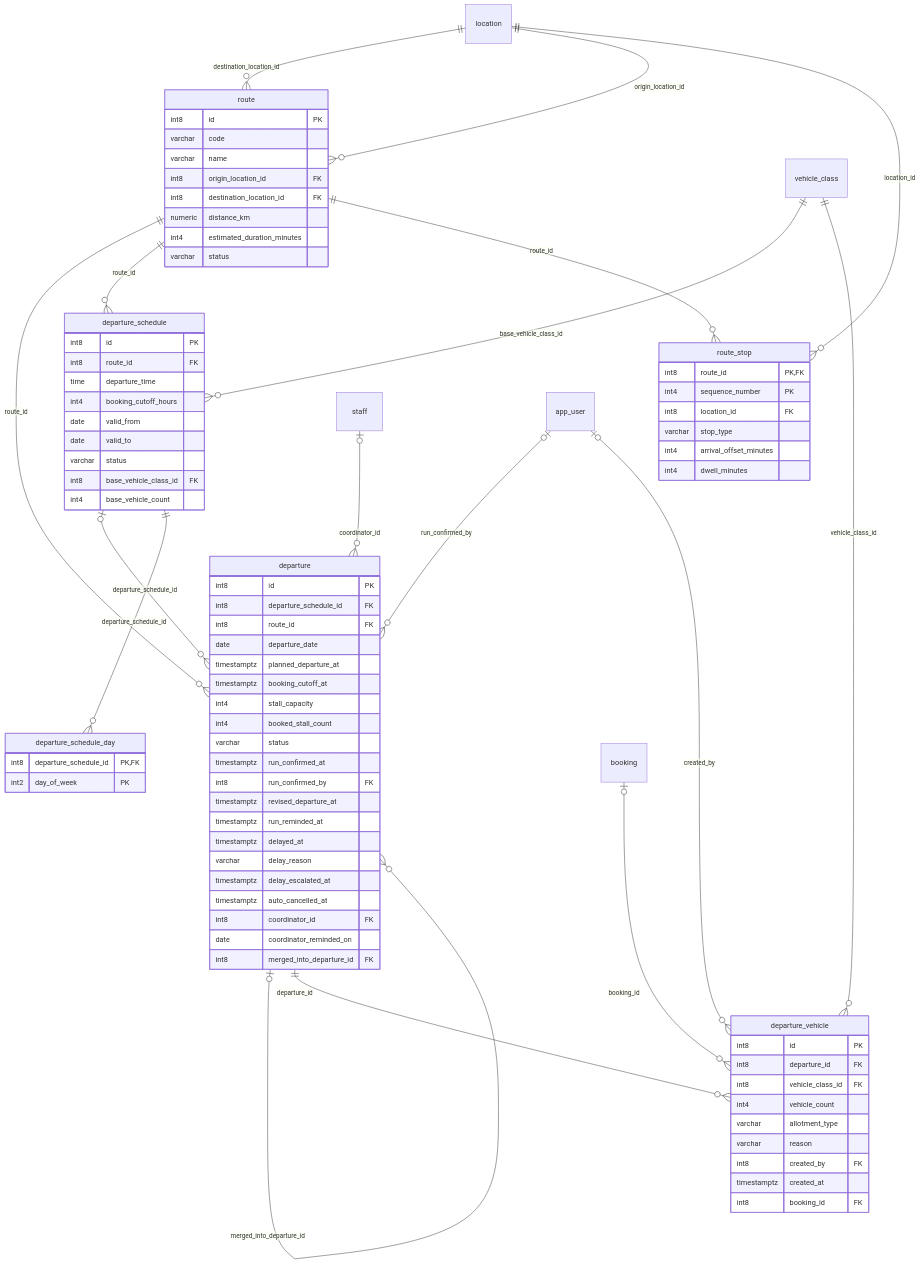
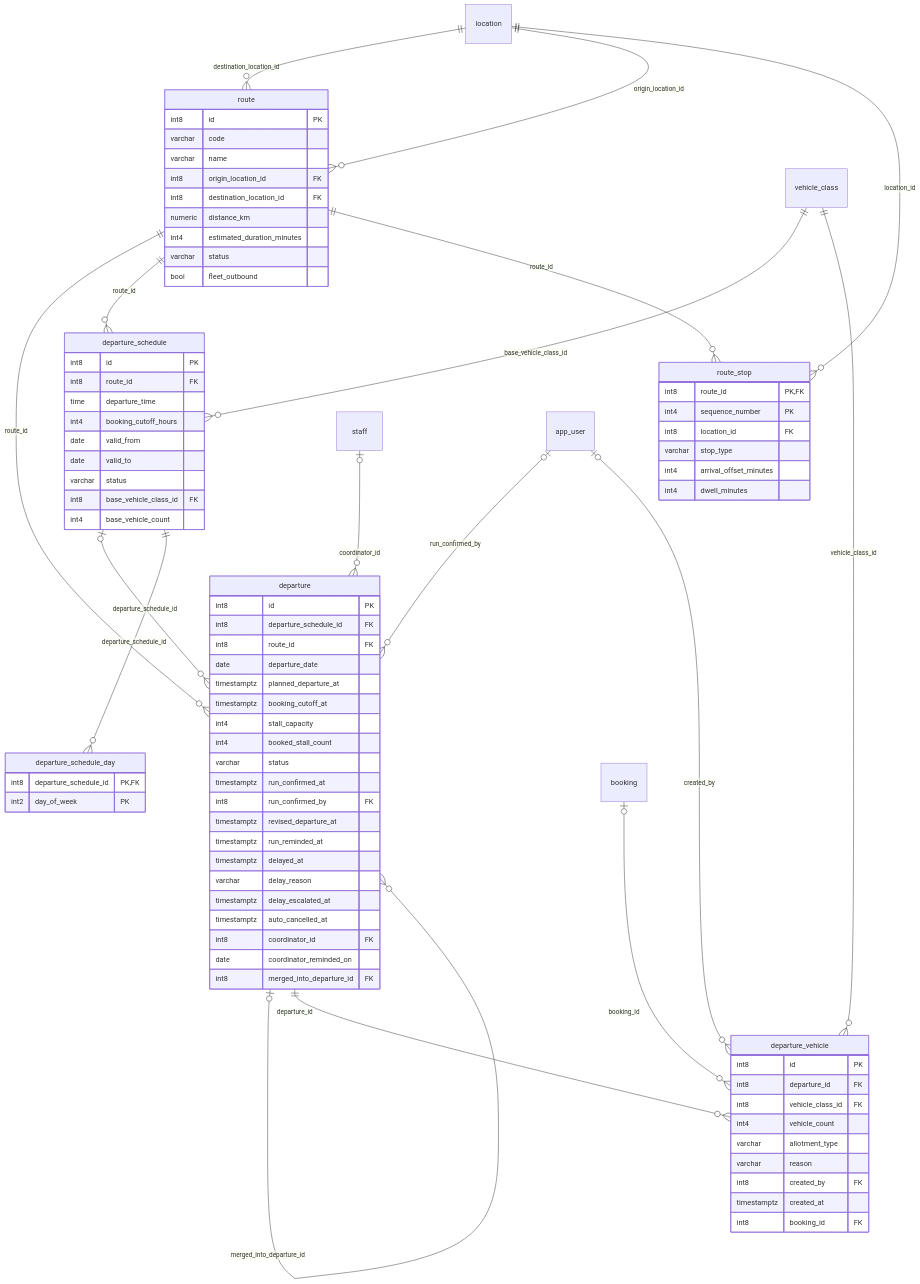
The fourth of 15 diagrams in docs/database/ERD.md (hankfwr23r2/SWP_RHT), drawn with Mermaid before and after one commit. The commit also changed other lines of this file and 1 other file, not shown here.

Commit message:
docs: sinh lại ERD sau khi gọn hồ sơ ngựa; tiến độ M9

```diff
--- a/docs/database/ERD.md
+++ b/docs/database/ERD.md
@@ -190,6 +183,7 @@
         numeric distance_km
         int4 estimated_duration_minutes
         varchar status
+        bool fleet_outbound
     }
     route_stop {
         int8 route_id PK, FK
```
